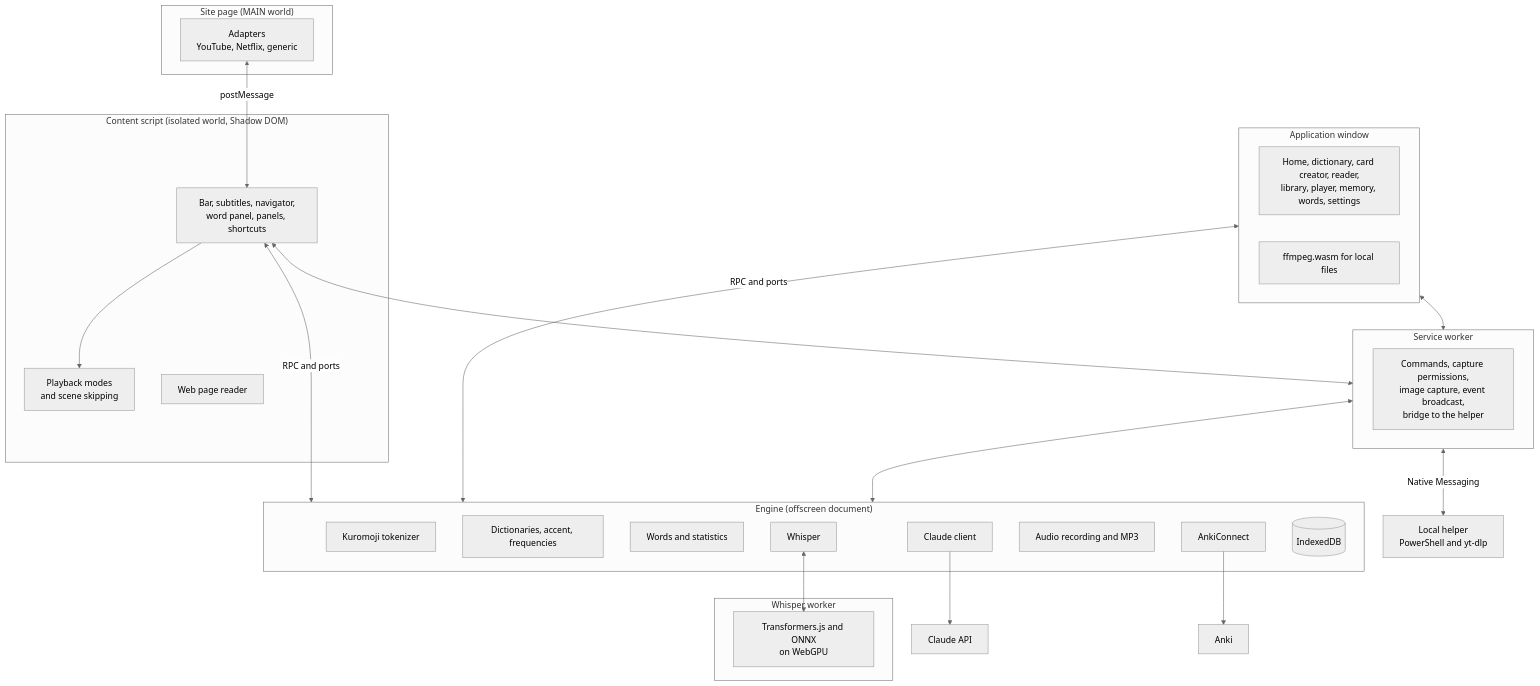
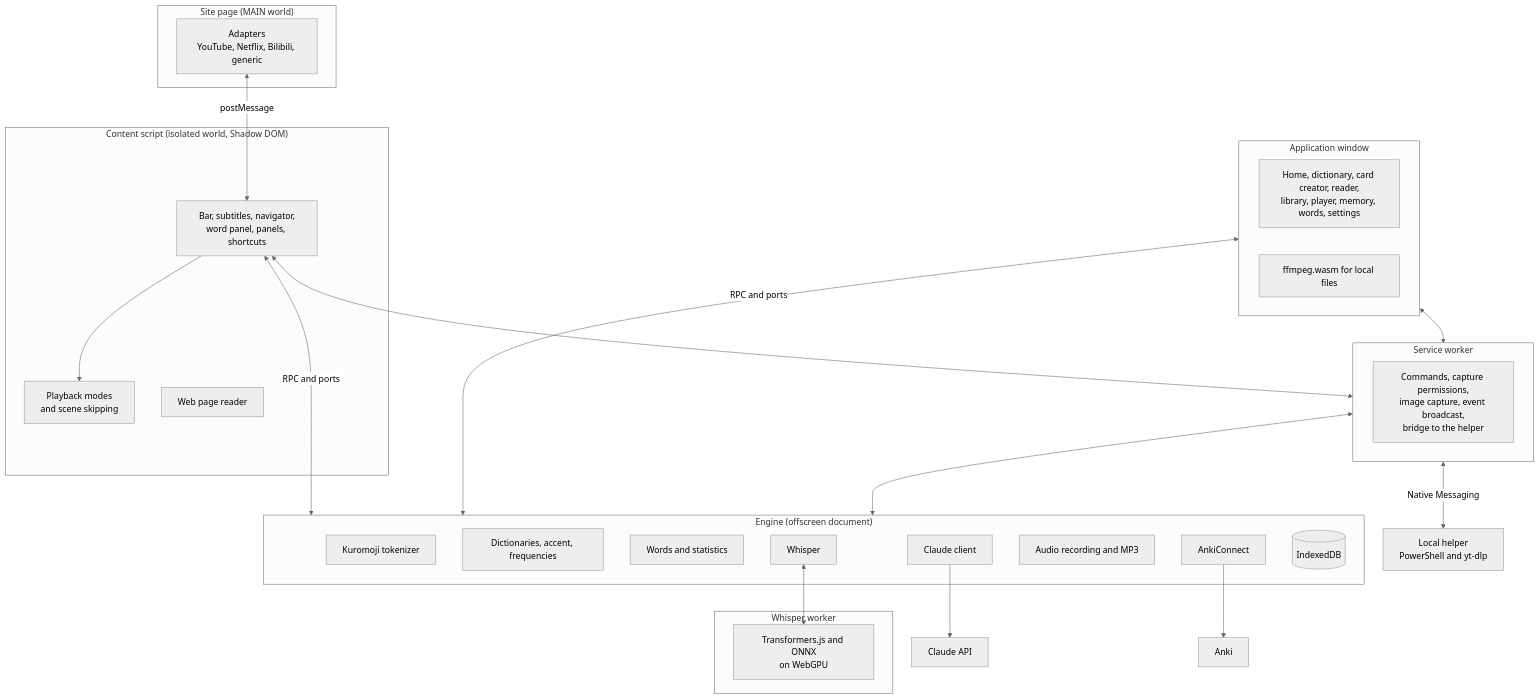
The diagram in docs/architecture.md (Eliam4510/kotonoha), drawn with Mermaid (neutral theme) before and after one commit. The commit also changed other lines of this file and 31 other files, not shown here.

````diff
--- a/docs/architecture.md
+++ b/docs/architecture.md
@@ -9,42 +9,42 @@
 ```mermaid
 flowchart TB
   subgraph Pagina["Site page (MAIN world)"]
-    AD["Adapters<br/>YouTube, Netflix, generic"]
+    AD["Adapters<br/>YouTube, Netflix, Bilibili, generic"]
   end
   subgraph Contenido["Content script (isolated world, Shadow DOM)"]
     UI["Bar, subtitles, navigator,<br/>word panel, panels, shortcuts"]
     MODO["Playback modes<br/>and scene skipping"]
     WEB["Web page reader"]
   end
   subgraph SW["Service worker"]
     RUTA["Commands, capture permissions,<br/>image capture, event broadcast,<br/>bridge to the helper"]
   end
   subgraph Motor["Engine (offscreen document)"]
     TOK["Kuromoji tokenizer"]
     DIC["Dictionaries, accent, frequencies"]
     PAL["Words and statistics"]
     IA["Claude client"]
     ANKI["AnkiConnect"]
     REC["Audio recording and MP3"]
     WH["Whisper"]
     DB[("IndexedDB")]
   end
   subgraph Trabajador["Whisper worker"]
     GPU["Transformers.js and ONNX<br/>on WebGPU"]
   end
   subgraph App["Application window"]
     PANT["Home, dictionary, card creator, reader,<br/>library, player, memory, words, settings"]
     FF["ffmpeg.wasm for local files"]
   end
   AD <-->|postMessage| UI
   UI --> MODO
   UI <-->|RPC and ports| Motor
   UI <--> SW
   App <-->|RPC and ports| Motor
   App <--> SW
   SW <--> Motor
   SW <-->|Native Messaging| AY["Local helper<br/>PowerShell and yt-dlp"]
   WH <--> GPU
   IA --> CL["Claude API"]
   ANKI --> AN["Anki"]
 ```
````
